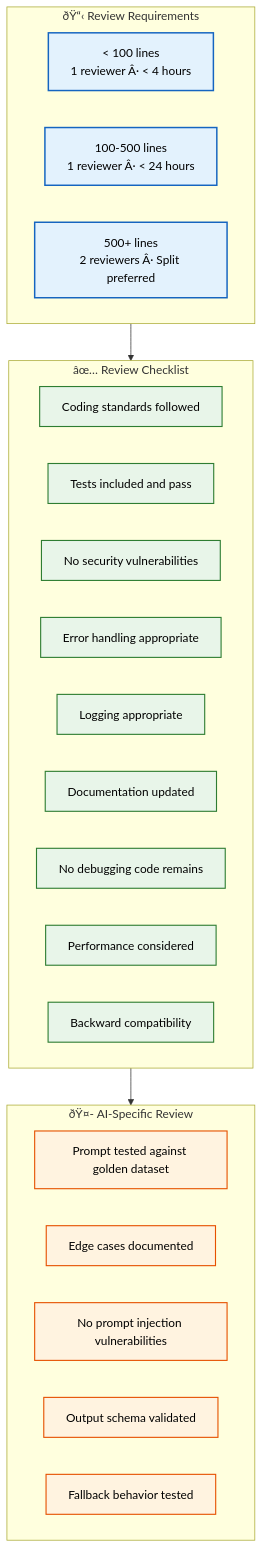
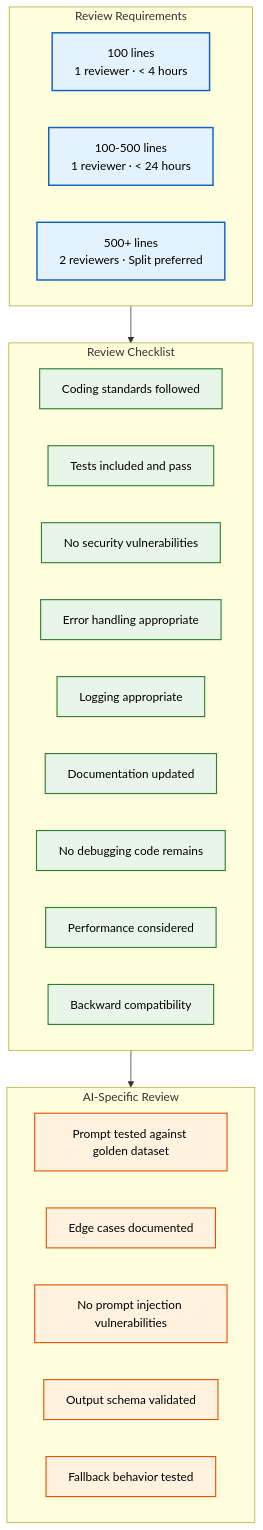
One commit to Driftloom/Vaeloom changed the diagram in docs/engineering/Code-Review.md. Above: the diagram before and after it, drawn with Mermaid. The commit also changed other lines of this file and 694 other files, not shown here.

First line of the commit message:
docs: mermaid standardization — encoding/mermaid/duplicate cleanup

````diff
--- a/docs/engineering/Code-Review.md
+++ b/docs/engineering/Code-Review.md
@@ -8,38 +8,38 @@
 ```mermaid
 graph TD
-    classDef req fill:#e3f2fd,stroke:#1565c0,color:#000,stroke-width:2px
-    classDef checklist fill:#e8f5e9,stroke:#2e7d32,color:#000,stroke-width:1.5px
-    classDef ai fill:#fff3e0,stroke:#e65100,color:#000,stroke-width:1.5px
+ classDef req fill:#e3f2fd,stroke:#1565c0,color:#000,stroke-width:2px
+ classDef checklist fill:#e8f5e9,stroke:#2e7d32,color:#000,stroke-width:1.5px
+ classDef ai fill:#fff3e0,stroke:#e65100,color:#000,stroke-width:1.5px
 
-    subgraph Requirements["ðŸ“‹ Review Requirements"]
-        R1["< 100 lines<br/>1 reviewer Â· < 4 hours"]
-        R2["100-500 lines<br/>1 reviewer Â· < 24 hours"]
-        R3["500+ lines<br/>2 reviewers Â· Split preferred"]
-    end
+ subgraph Requirements["Review Requirements"]
+ R1["100 lines<br/>1 reviewer · < 4 hours"]
+ R2["100-500 lines<br/>1 reviewer · < 24 hours"]
+ R3["500+ lines<br/>2 reviewers · Split preferred"]
+ end
 
-    subgraph Checklist["âœ… Review Checklist"]
-        C1["Coding standards followed"]
-        C2["Tests included and pass"]
-        C3["No security vulnerabilities"]
-        C4["Error handling appropriate"]
-        C5["Logging appropriate"]
-        C6["Documentation updated"]
-        C7["No debugging code remains"]
-        C8["Performance considered"]
-        C9["Backward compatibility"]
-    end
+ subgraph Checklist["Review Checklist"]
+ C1["Coding standards followed"]
+ C2["Tests included and pass"]
+ C3["No security vulnerabilities"]
+ C4["Error handling appropriate"]
+ C5["Logging appropriate"]
+ C6["Documentation updated"]
+ C7["No debugging code remains"]
+ C8["Performance considered"]
+ C9["Backward compatibility"]
+ end
 
-    subgraph AIReview["ðŸ¤- AI-Specific Review"]
-        A1["Prompt tested against golden dataset"]
-        A2["Edge cases documented"]
-        A3["No prompt injection vulnerabilities"]
-        A4["Output schema validated"]
-        A5["Fallback behavior tested"]
-    end
+ subgraph AIReview["AI-Specific Review"]
+ A1["Prompt tested against golden dataset"]
+ A2["Edge cases documented"]
+ A3["No prompt injection vulnerabilities"]
+ A4["Output schema validated"]
+ A5["Fallback behavior tested"]
+ end
 
-    Requirements --> Checklist --> AIReview
+ Requirements--> Checklist--> AIReview
 
-    class R1,R2,R3 req
-    class C1,C2,C3,C4,C5,C6,C7,C8,C9 checklist
-    class A1,A2,A3,A4,A5 ai
+ class R1,R2,R3 req
+ class C1,C2,C3,C4,C5,C6,C7,C8,C9 checklist
+ class A1,A2,A3,A4,A5 ai
 ```
````
